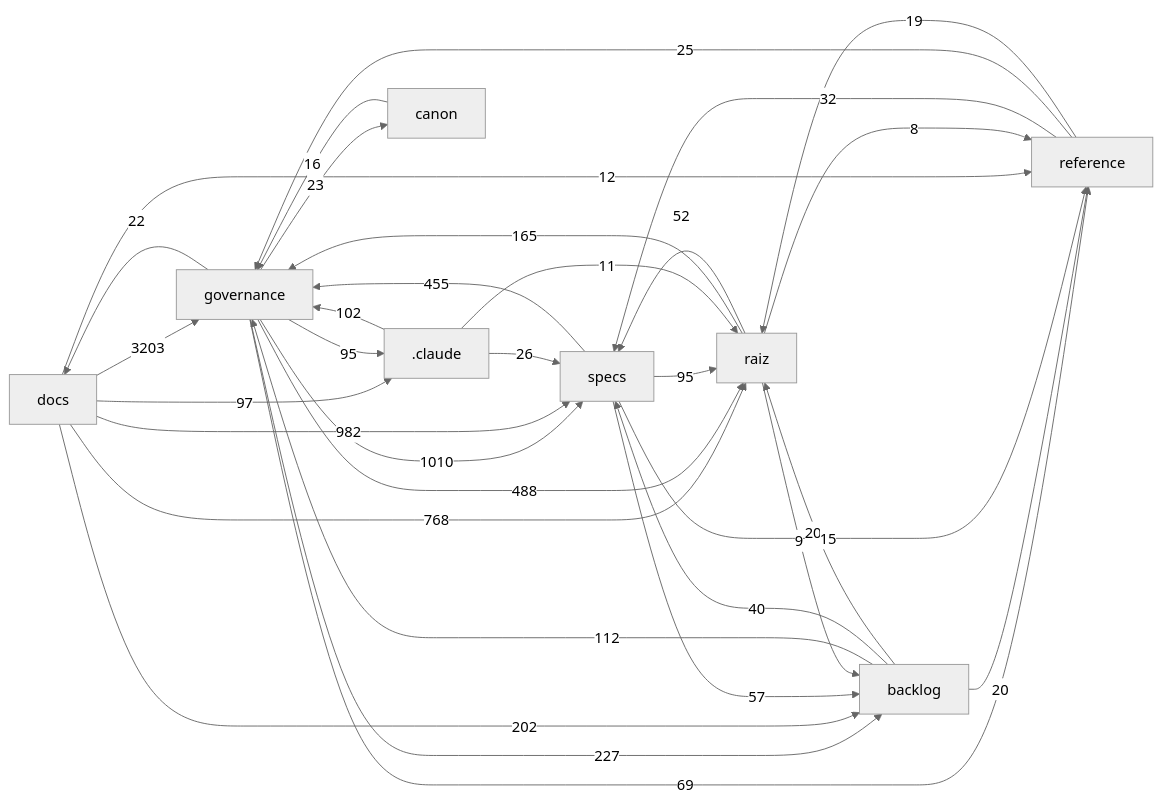
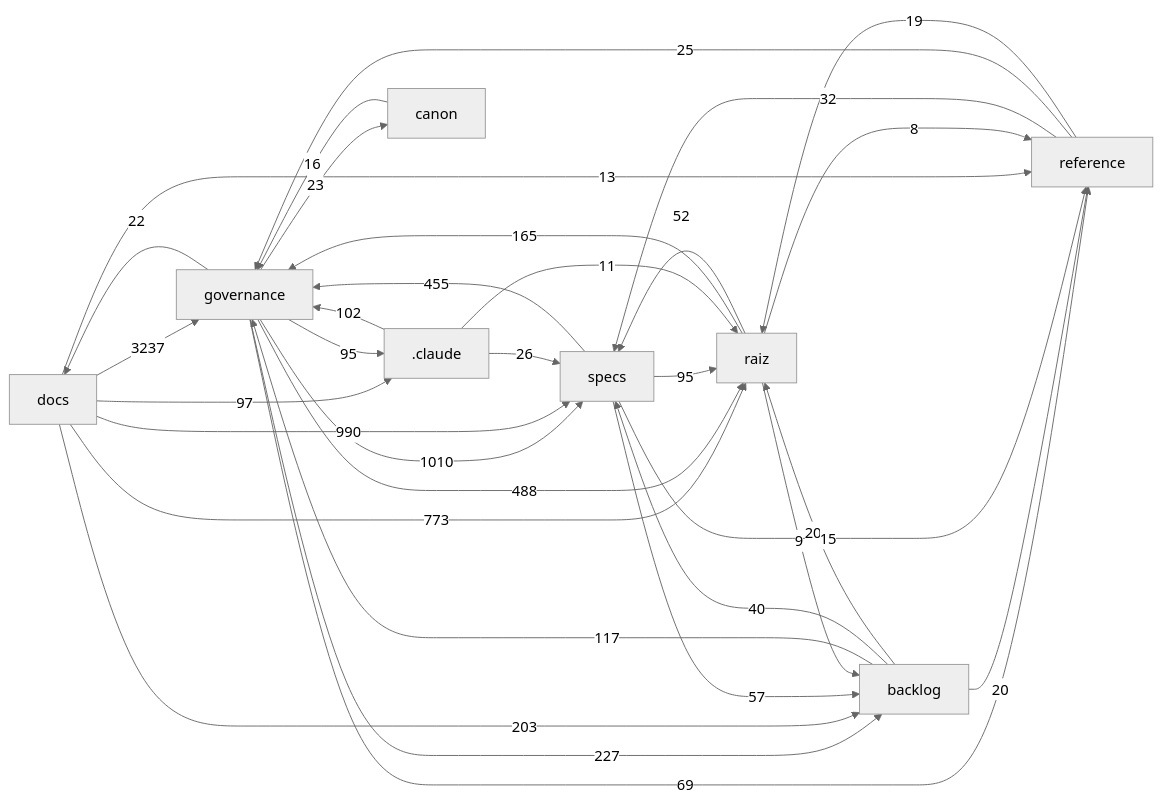
Before and after one commit to Andraus35/Sistema-Operacional-de-Trading--SOT: the diagram in docs/mapa/MAPA-PROJETO.md, drawn with Mermaid (neutral theme). The commit also changed other lines of this file and 6 other files, not shown here.

````diff
--- a/docs/mapa/MAPA-PROJETO.md
+++ b/docs/mapa/MAPA-PROJETO.md
@@ -29,35 +29,35 @@
 ```mermaid
 flowchart LR
-  docs["docs"] -->|3203| governance["governance"]
+  docs["docs"] -->|3237| governance["governance"]
   governance["governance"] -->|1010| specs["specs"]
-  docs["docs"] -->|982| specs["specs"]
-  docs["docs"] -->|768| raiz["raiz"]
+  docs["docs"] -->|990| specs["specs"]
+  docs["docs"] -->|773| raiz["raiz"]
   governance["governance"] -->|488| raiz["raiz"]
   specs["specs"] -->|455| governance["governance"]
   governance["governance"] -->|227| backlog["backlog"]
-  docs["docs"] -->|202| backlog["backlog"]
+  docs["docs"] -->|203| backlog["backlog"]
   raiz["raiz"] -->|165| governance["governance"]
-  backlog["backlog"] -->|112| governance["governance"]
+  backlog["backlog"] -->|117| governance["governance"]
   _claude[".claude"] -->|102| governance["governance"]
   docs["docs"] -->|97| _claude[".claude"]
   governance["governance"] -->|95| _claude[".claude"]
   specs["specs"] -->|95| raiz["raiz"]
   governance["governance"] -->|69| reference["reference"]
   specs["specs"] -->|57| backlog["backlog"]
   raiz["raiz"] -->|52| specs["specs"]
   backlog["backlog"] -->|40| specs["specs"]
   reference["reference"] -->|32| specs["specs"]
   _claude[".claude"] -->|26| specs["specs"]
   reference["reference"] -->|25| governance["governance"]
   governance["governance"] -->|23| canon["canon"]
   governance["governance"] -->|22| docs["docs"]
   backlog["backlog"] -->|20| raiz["raiz"]
   backlog["backlog"] -->|20| reference["reference"]
   reference["reference"] -->|19| raiz["raiz"]
   canon["canon"] -->|16| governance["governance"]
   specs["specs"] -->|15| reference["reference"]
-  docs["docs"] -->|12| reference["reference"]
+  docs["docs"] -->|13| reference["reference"]
   _claude[".claude"] -->|11| raiz["raiz"]
   raiz["raiz"] -->|9| backlog["backlog"]
   raiz["raiz"] -->|8| reference["reference"]
 ```
````
